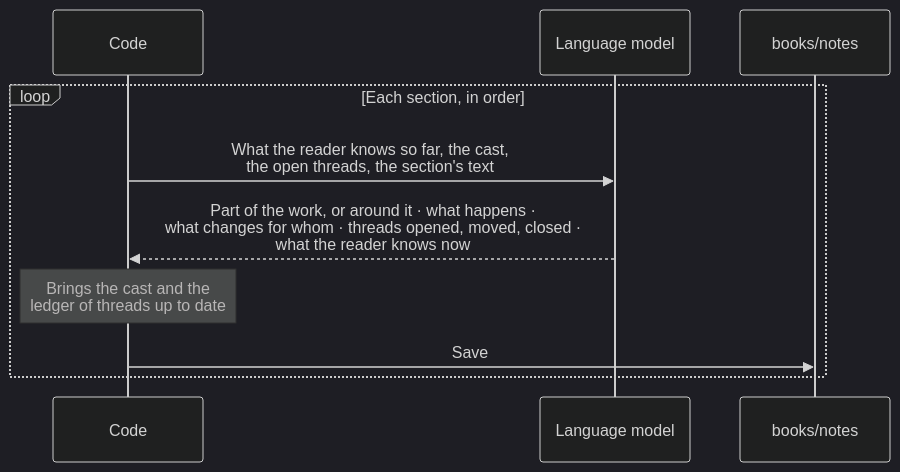
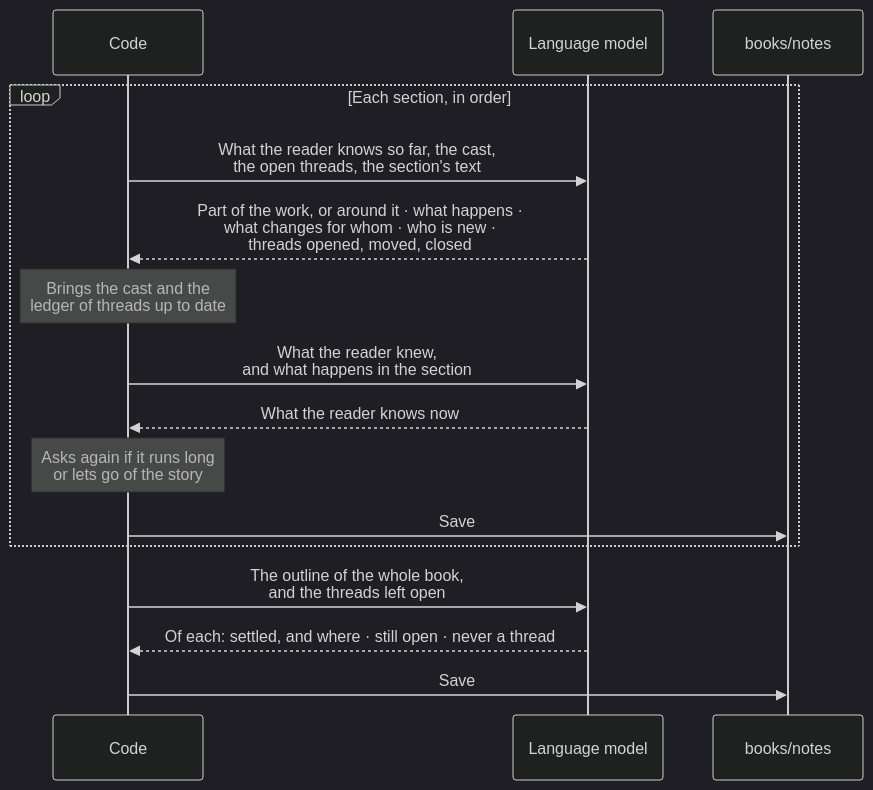
One commit to elpumberto/salomon changed the second of 4 diagrams in docs/books/pipeline.md. Above: the diagram before and after it, drawn with Mermaid (dark theme). The commit also changed other lines of this file and 8 other files, not shown here.

````diff
--- a/docs/books/pipeline.md
+++ b/docs/books/pipeline.md
@@ -51,13 +51,19 @@
 ```mermaid
 sequenceDiagram
     participant C as Code
     participant M as Language model
     participant D as books/notes
 
     loop Each section, in order
         C->>M: What the reader knows so far, the cast,<br/>the open threads, the section's text
-        M-->>C: Part of the work, or around it · what happens ·<br/>what changes for whom · threads opened, moved, closed ·<br/>what the reader knows now
+        M-->>C: Part of the work, or around it · what happens ·<br/>what changes for whom · who is new ·<br/>threads opened, moved, closed
         Note over C: Brings the cast and the<br/>ledger of threads up to date
+        C->>M: What the reader knew,<br/>and what happens in the section
+        M-->>C: What the reader knows now
+        Note over C: Asks again if it runs long<br/>or lets go of the story
         C->>D: Save
     end
+    C->>M: The outline of the whole book,<br/>and the threads left open
+    M-->>C: Of each: settled, and where · still open · never a thread
+    C->>D: Save
 ```
````
